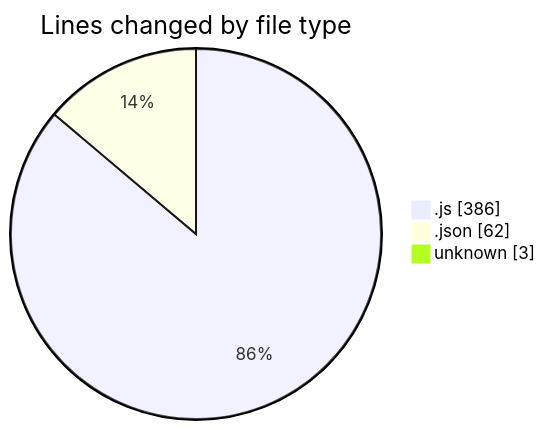
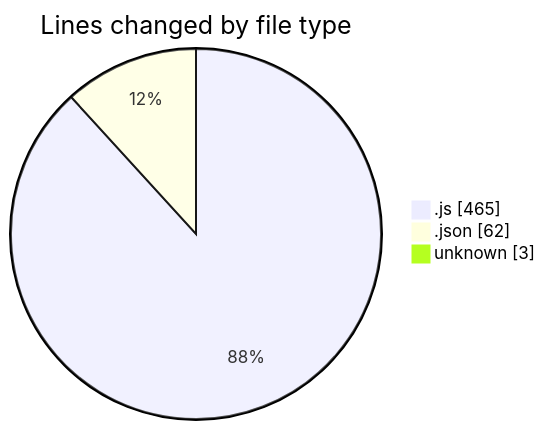
One commit to Ritupan-Deka/code-tracking changed the first of 2 diagrams in 2025-07-02/mern-thinkboard/README.md. Above: the diagram before and after it, drawn with Mermaid. The commit also changed other lines of this file and 1 other file, not shown here.

````diff
--- a/2025-07-02/mern-thinkboard/README.md
+++ b/2025-07-02/mern-thinkboard/README.md
@@ -28,7 +28,7 @@
 ```mermaid
 pie showData
 title Lines changed by file type
-".js" : 386
+".js" : 465
 ".json" : 62
 "unknown" : 3
 ```
````
